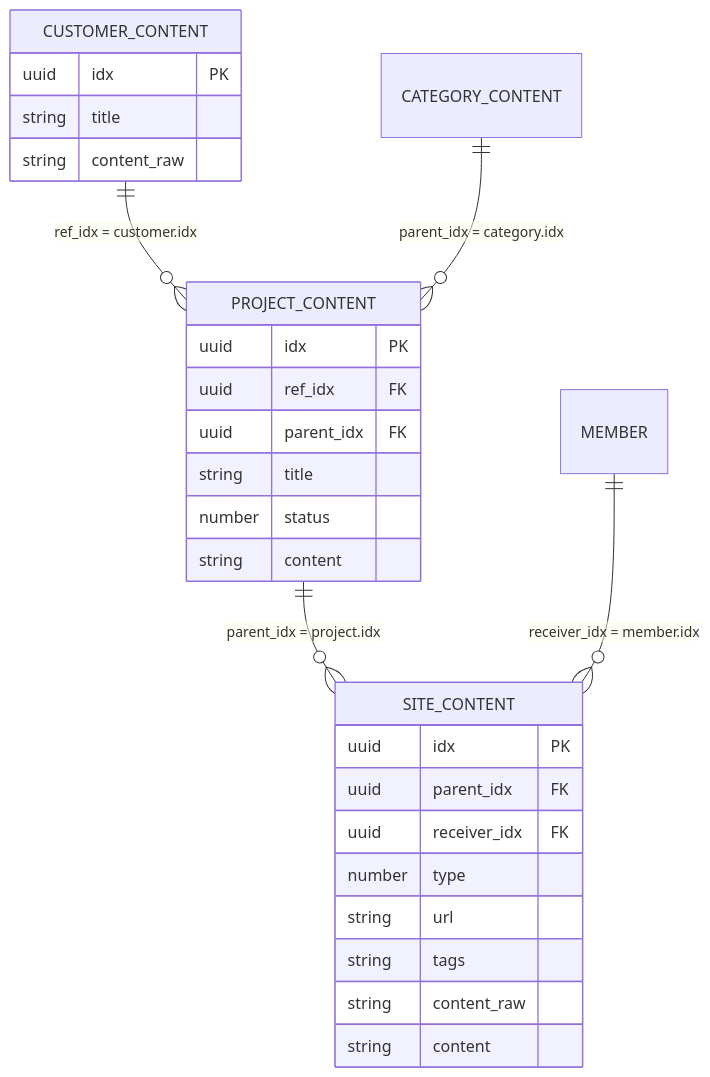
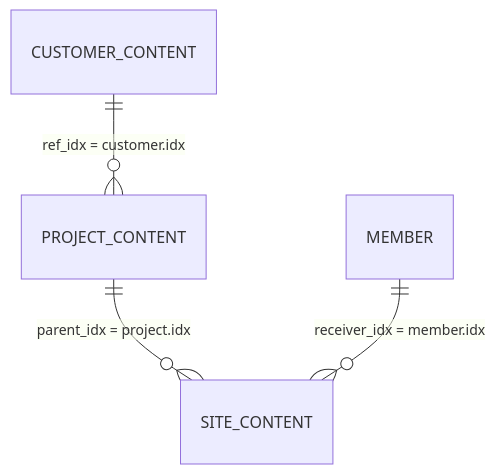
Before and after one commit to gyeolhwi/hermes34-project: the diagram in docs/doweb-content-structure.md, drawn with Mermaid. The commit also changed other lines of this file and 7 other files, not shown here.

Commit message:
fix: replace project categories with tags

````diff
--- a/docs/doweb-content-structure.md
+++ b/docs/doweb-content-structure.md
@@ -23,31 +17,6 @@
 ```mermaid
 erDiagram
     CUSTOMER_CONTENT ||--o{ PROJECT_CONTENT : "ref_idx = customer.idx"
-    CATEGORY_CONTENT ||--o{ PROJECT_CONTENT : "parent_idx = category.idx"
     PROJECT_CONTENT ||--o{ SITE_CONTENT : "parent_idx = project.idx"
     MEMBER ||--o{ SITE_CONTENT : "receiver_idx = member.idx"
-
-    CUSTOMER_CONTENT {
-      uuid idx PK
-      string title
-      string content_raw
-    }
-    PROJECT_CONTENT {
-      uuid idx PK
-      uuid ref_idx FK
-      uuid parent_idx FK
-      string title
-      number status
-      string content
-    }
-    SITE_CONTENT {
-      uuid idx PK
-      uuid parent_idx FK
-      uuid receiver_idx FK
-      number type
-      string url
-      string tags
-      string content_raw
-      string content
-    }
 ```
````
